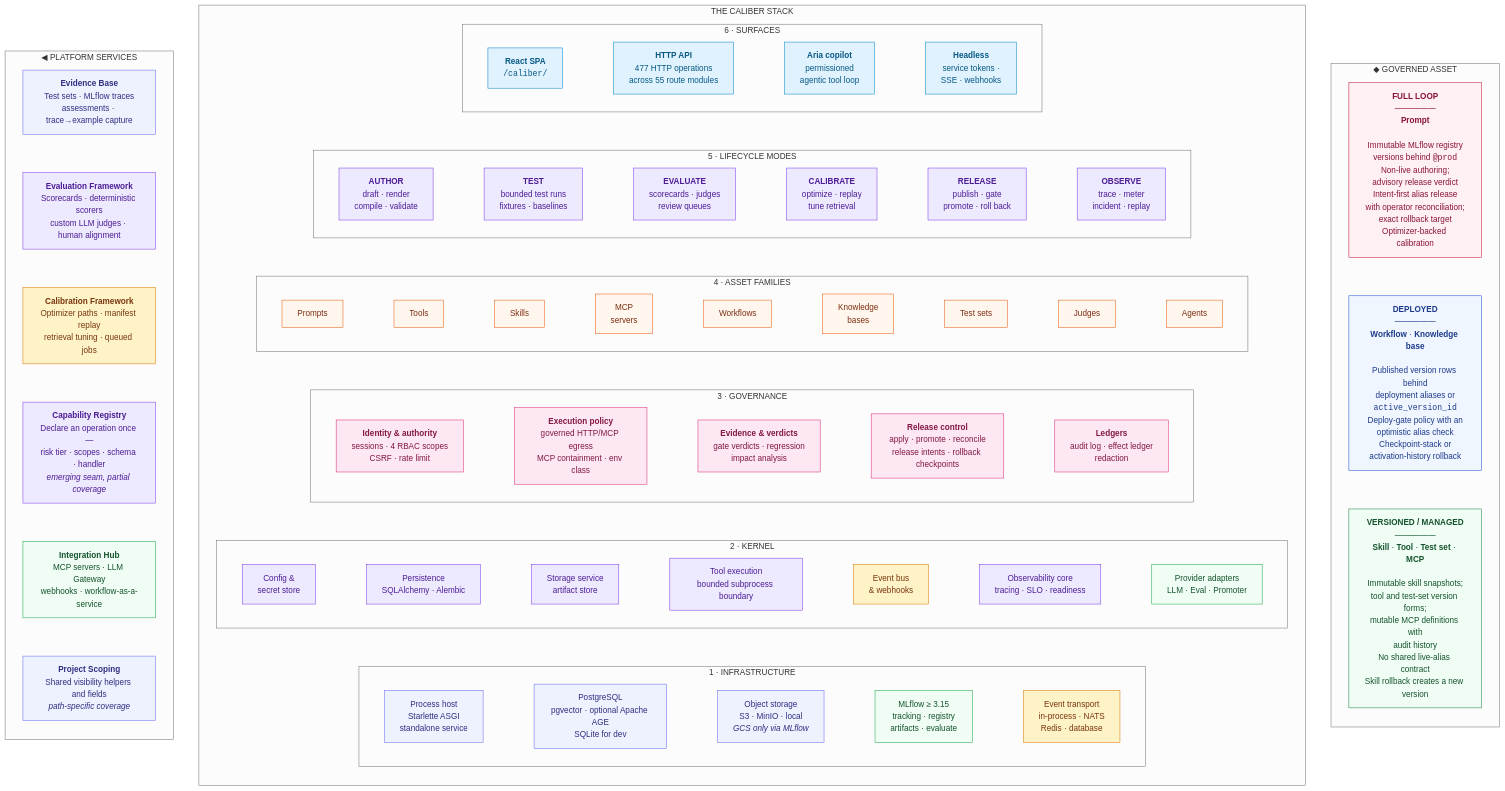
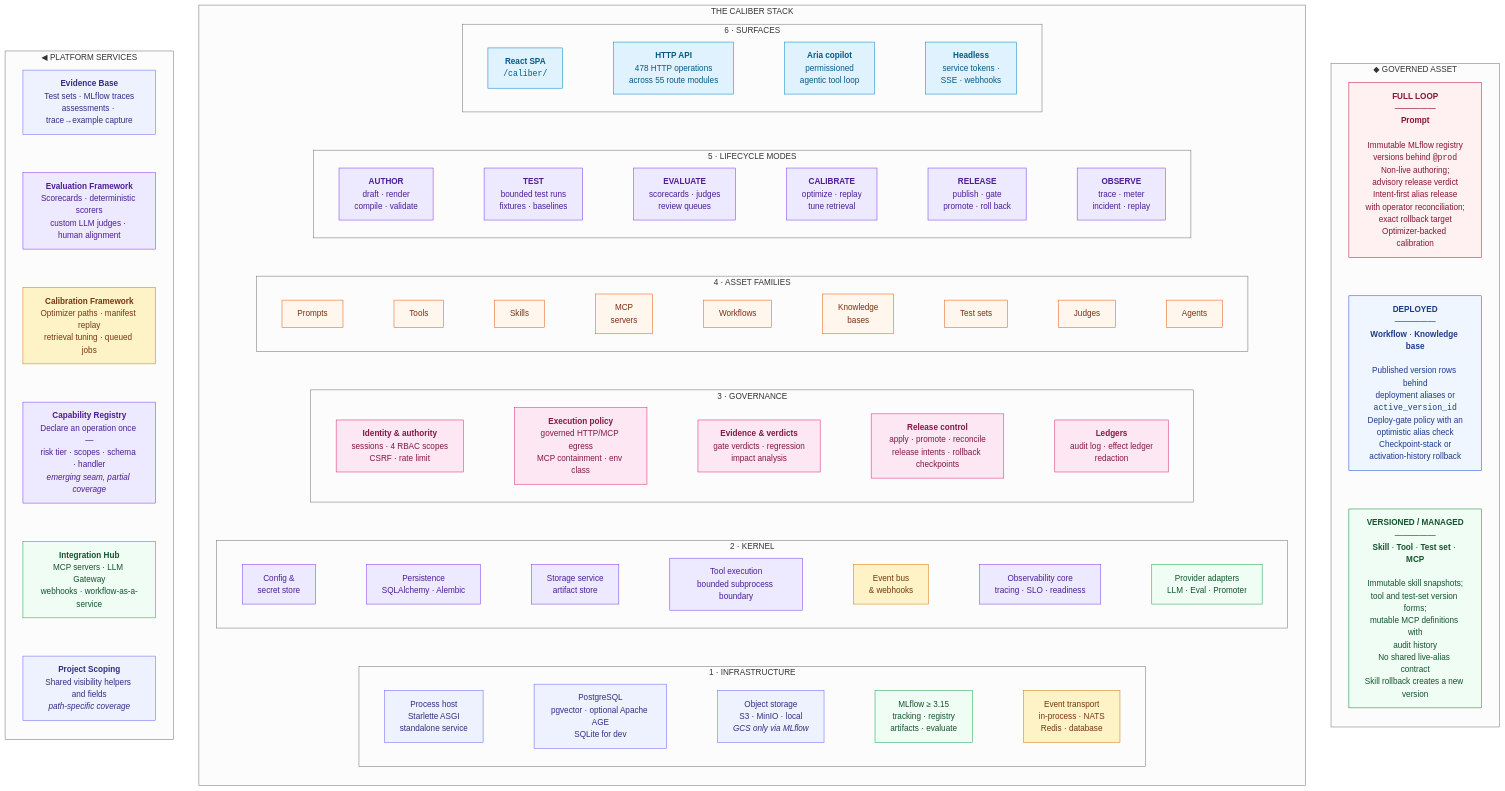
One commit to rrahimi-uci/caliber-suite changed the first of 8 diagrams in ARCHITECTURE.md. Above: the diagram before and after it, drawn with Mermaid (neutral theme). The commit also changed 54 other files, not shown here.

```diff
--- a/ARCHITECTURE.md
+++ b/ARCHITECTURE.md
@@ -105,7 +105,7 @@
     subgraph L6["6 · SURFACES"]
       direction LR
       s1["<b>React SPA</b><br/><code>/caliber/</code>"]:::ui
-      s2["<b>HTTP API</b><br/>477 HTTP operations<br/>across 55 route modules"]:::ui
+      s2["<b>HTTP API</b><br/>478 HTTP operations<br/>across 55 route modules"]:::ui
       s3["<b>Aria copilot</b><br/>permissioned<br/>agentic tool loop"]:::ui
       s4["<b>Headless</b><br/>service tokens ·<br/>SSE · webhooks"]:::ui
       s1 --- s2 --- s3 --- s4
```
